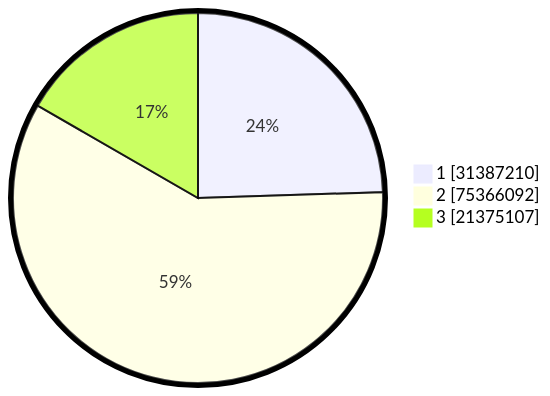
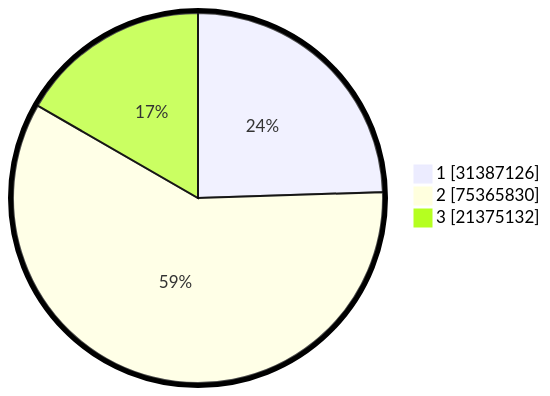
One commit to gigit-pemilu/pemilu-2024 changed the second of 2 diagrams in pilpres/hitung-suara/README.md. Above: the diagram before and after it, drawn with Mermaid. The commit also changed other lines of this file and 5 other files, not shown here.

````diff
--- a/pilpres/hitung-suara/README.md
+++ b/pilpres/hitung-suara/README.md
@@ -93,7 +93,7 @@
 ```mermaid
 %%{init: {"pie": {"textPosition": 0.5}, "themeVariables": {"pieOuterStrokeWidth": "5px"}} }%%
 pie showData
-    "1" : 31387210
-    "2" : 75366092
-    "3" : 21375107
+    "1" : 31387126
+    "2" : 75365830
+    "3" : 21375132
 ```
````
